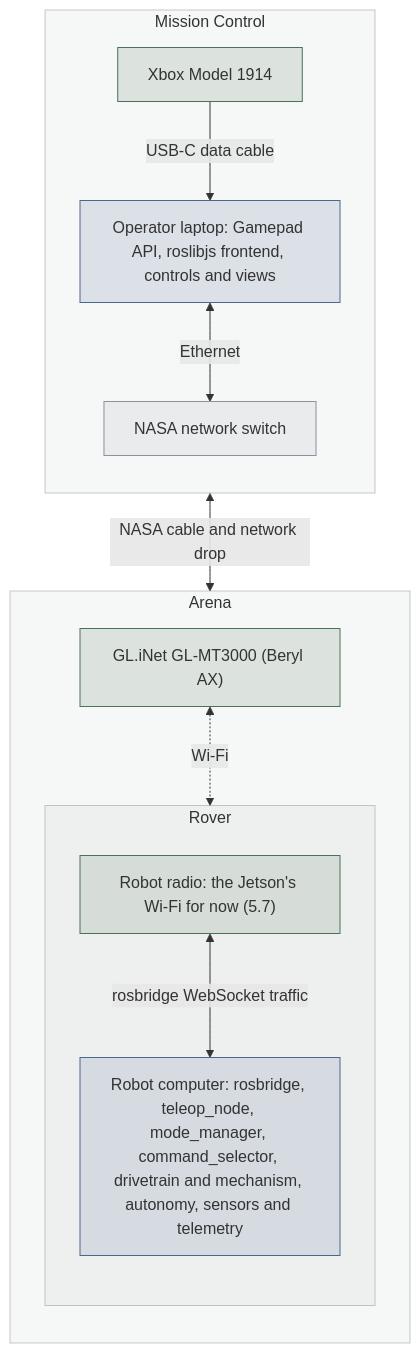
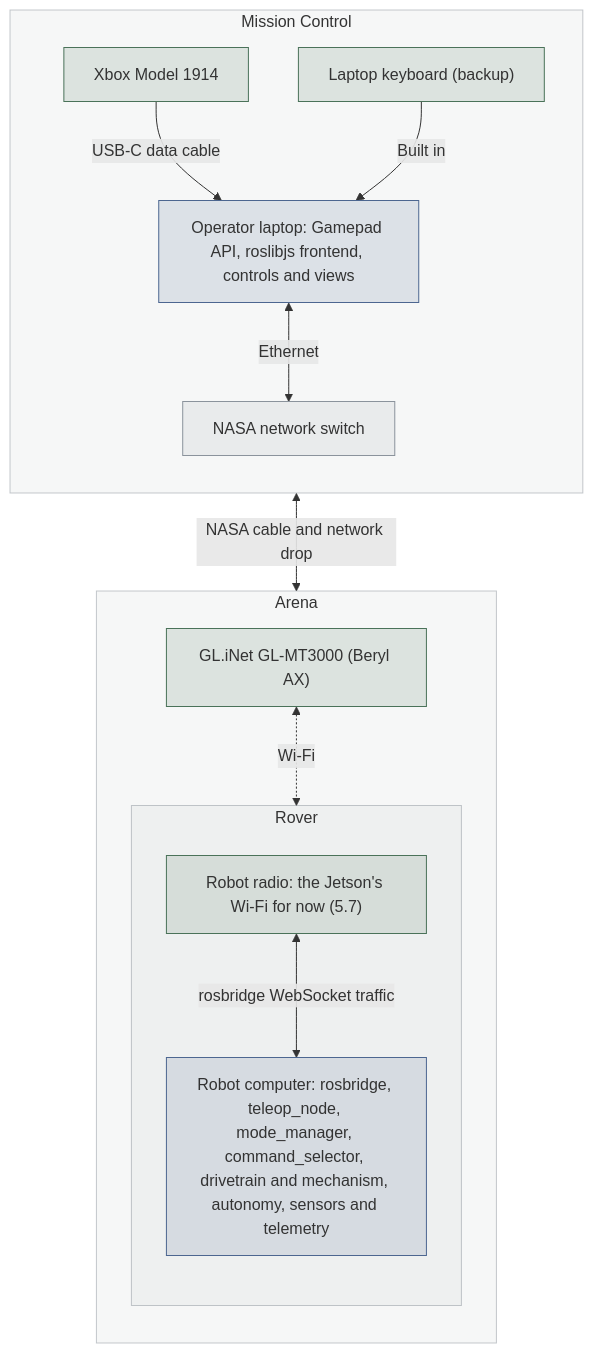
Before and after one commit to STAR-Robotics-Team/starrt-luna-software: the first of 2 diagrams in docs/design/teleoperation.md, drawn with Mermaid. The commit also changed other lines of this file and 8 other files, not shown here.

First line of the commit message:
Design keyboard driving as the gamepad's backup

````diff
--- a/docs/design/teleoperation.md
+++ b/docs/design/teleoperation.md
@@ -230,32 +255,34 @@
 ```mermaid
 flowchart TB
   subgraph mcc["Mission Control"]
     direction TB
     pad["Xbox Model 1914"]
+    kb["Laptop keyboard (backup)"]
     laptop["Operator laptop: Gamepad API, roslibjs frontend, controls and views"]
     sw["NASA network switch"]
   end
   subgraph arena["Arena"]
     direction TB
     ap["GL.iNet GL-MT3000 (Beryl AX)"]
     subgraph rover["Rover"]
       direction TB
       radio["Robot radio: the Jetson's Wi-Fi for now (5.7)"]
       jetson["Robot computer: rosbridge, teleop_node, mode_manager, command_selector, drivetrain and mechanism, autonomy, sensors and telemetry"]
     end
   end
   pad -->|"USB-C data cable"| laptop
+  kb -->|"Built in"| laptop
   laptop <-->|"Ethernet"| sw
   sw <-->|"NASA cable and network drop"| ap
   ap <-.->|"Wi-Fi"| radio
   radio <-->|"rosbridge WebSocket traffic"| jetson
   classDef ours fill:#4c669026,stroke:#4c6690
   classDef nasa fill:#8b939c1f,stroke:#8b939c
   classDef hw fill:#4a725926,stroke:#4a7259
   class laptop,jetson ours
   class sw nasa
-  class pad,ap,radio hw
+  class pad,kb,ap,radio hw
   style mcc fill:#8b939c14,stroke:#8b939c80
   style arena fill:#8b939c14,stroke:#8b939c80
   style rover fill:#8b939c14,stroke:#8b939c80
 ```
````
